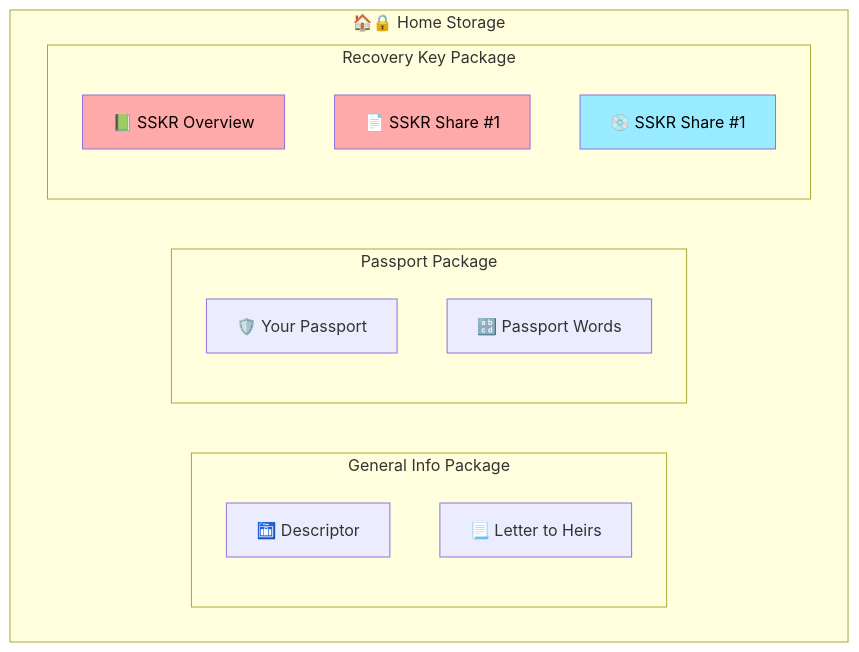
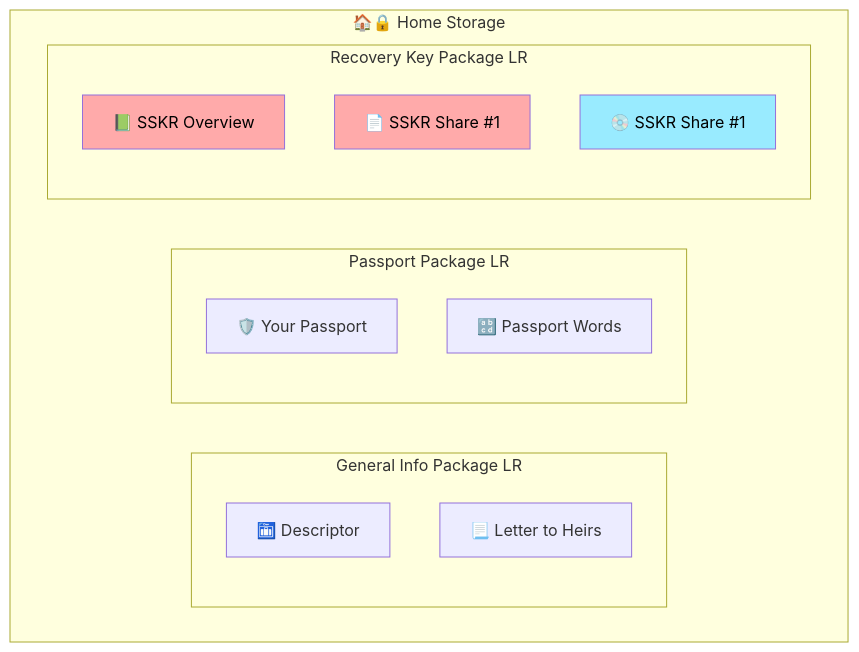
One commit to BlockchainCommons/SmartCustody changed the fourth of 55 diagrams in Docs/Scenario-Multisig.md. Above: the diagram before and after it, drawn with Mermaid.

````diff
--- a/Docs/Scenario-Multisig.md
+++ b/Docs/Scenario-Multisig.md
@@ -174,26 +174,26 @@
 ```mermaid
     graph TD
-    subgraph homestorage LR["🏠🔒 Home Storage"]
+    subgraph homestorage ["🏠🔒 Home Storage"]
 
-      subgraph "General Info Package"
+      subgraph "General Info Package" LR
       B6["🛅 Descriptor"]
       B7["📃 Letter to Heirs"]
       end
 
-      subgraph "Passport Package"
+      subgraph "Passport Package" LR
       B4["🛡️ Your Passport"]
       B5["🔡 Passport Words"]
       end
 
-      subgraph "Recovery Key Package"
+      subgraph "Recovery Key Package" LR
       B1["📗 SSKR Overview"]
       B2["📄 SSKR Share #1"]
       B3["💿 SSKR Share #1"]
       end
 
       style B1 color:#000,fill:#ffaaaa;
       style B2 color:#000,fill:#ffaaaa;
       style B3 color:#000,fill:#99ebff;
 
     end
 ```
````
